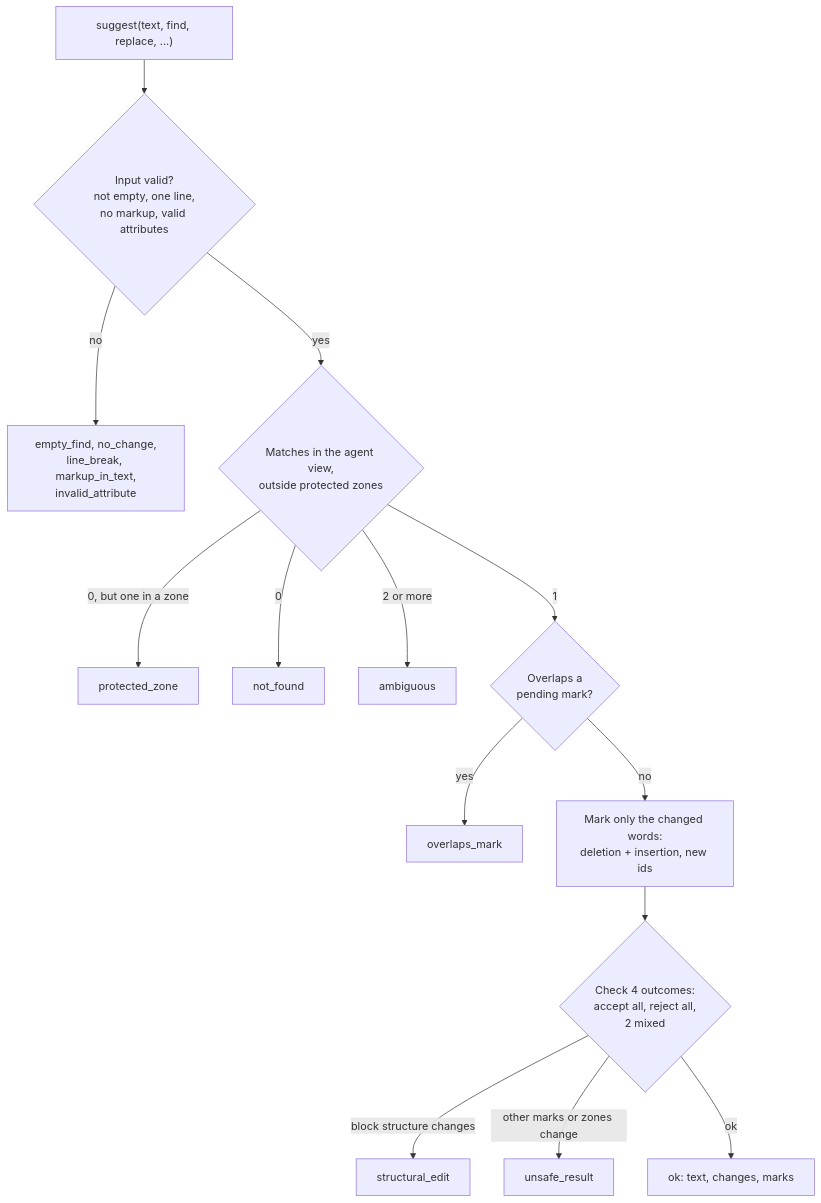
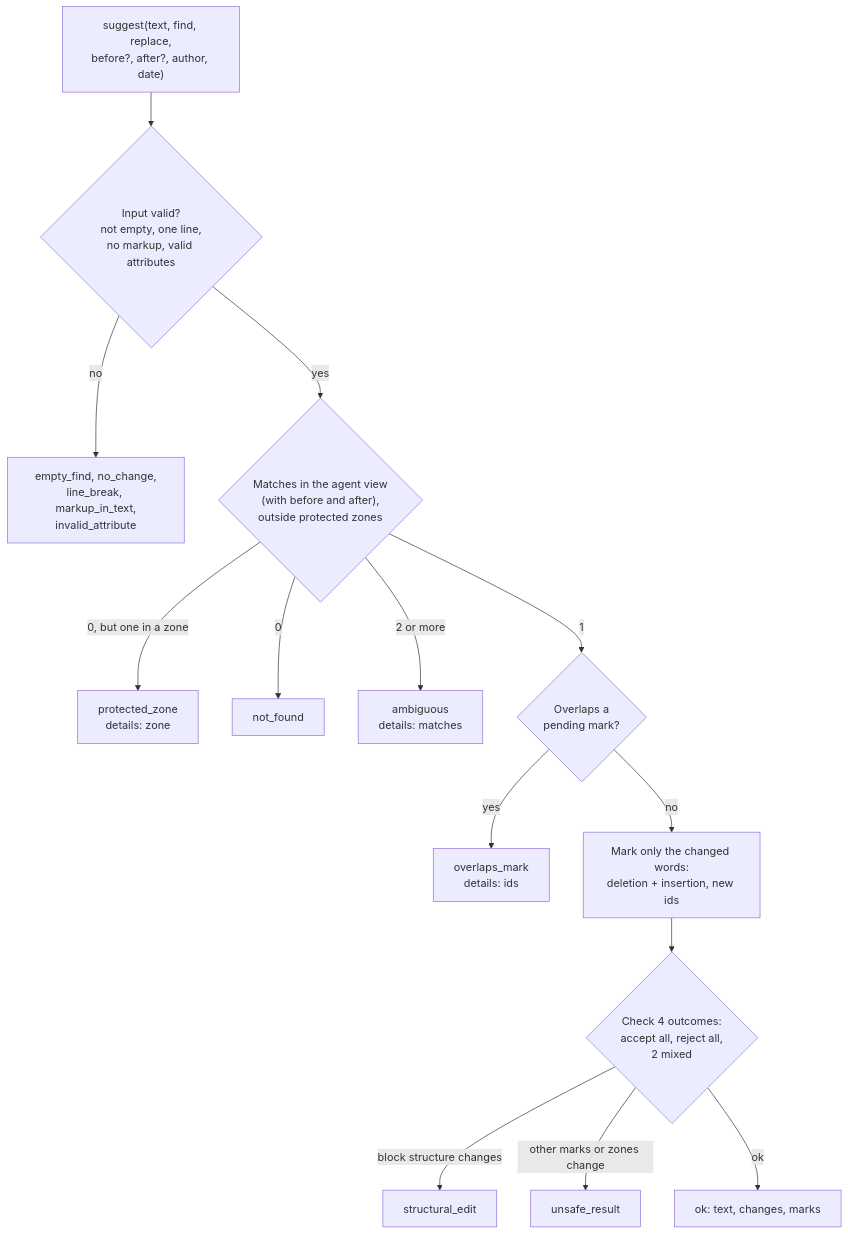
The third of 3 diagrams in openspec/docs/architecture-format.md (novazembla/md-coeditor), drawn with Mermaid before and after one commit. The commit also changed other lines of this file and 140 other files, not shown here.

````diff
--- a/openspec/docs/architecture-format.md
+++ b/openspec/docs/architecture-format.md
@@ -93,16 +120,16 @@
 ```mermaid
 flowchart TD
-  IN["suggest(text, find, replace, ...)"] --> V{"Input valid?<br/>not empty, one line,<br/>no markup, valid attributes"}
+  IN["suggest(text, find, replace,<br/>before?, after?, author, date)"] --> V{"Input valid?<br/>not empty, one line,<br/>no markup, valid attributes"}
   V -->|no| E1["empty_find, no_change,<br/>line_break, markup_in_text,<br/>invalid_attribute"]
-  V -->|yes| M{"Matches in the agent view,<br/>outside protected zones"}
-  M -->|"0, but one in a zone"| E2["protected_zone"]
+  V -->|yes| M{"Matches in the agent view<br/>(with before and after),<br/>outside protected zones"}
+  M -->|"0, but one in a zone"| E2["protected_zone<br/>details: zone"]
   M -->|"0"| E3["not_found"]
-  M -->|"2 or more"| E4["ambiguous"]
+  M -->|"2 or more"| E4["ambiguous<br/>details: matches"]
   M -->|"1"| Z{"Overlaps a<br/>pending mark?"}
-  Z -->|yes| E5["overlaps_mark"]
+  Z -->|yes| E5["overlaps_mark<br/>details: ids"]
   Z -->|no| W["Mark only the changed words:<br/>deletion + insertion, new ids"]
   W --> C{"Check 4 outcomes:<br/>accept all, reject all,<br/>2 mixed"}
   C -->|"block structure changes"| E6["structural_edit"]
   C -->|"other marks or zones change"| E7["unsafe_result"]
   C -->|ok| OK["ok: text, changes, marks"]
 ```
````
